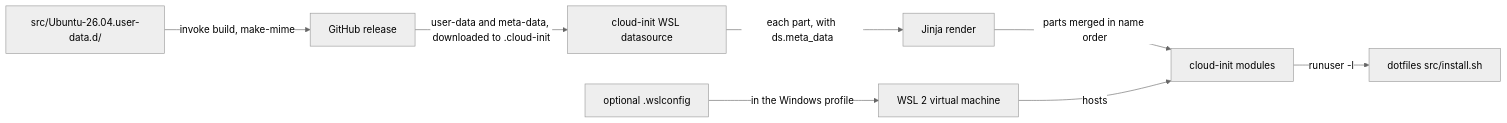
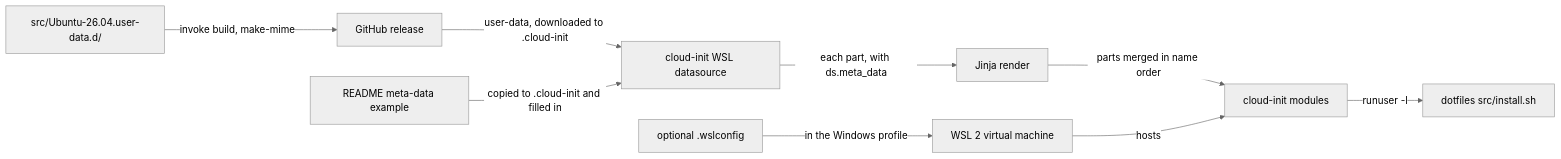
The first of 3 diagrams in docs/provisioning.md (froazin/wsl), drawn with Mermaid (neutral theme) before and after one commit. The commit also changed other lines of this file and 18 other files, not shown here.

First line of the commit message:
refactor(cloud-init): Replace the meta-data template with a README example

````diff
--- a/docs/provisioning.md
+++ b/docs/provisioning.md
@@ -32,12 +32,13 @@
 ```mermaid
 flowchart LR
     accTitle: How the WSL files reach the instance
-    accDescr: The build joins the parts in src into one MIME user-data, and a release publishes it with the meta-data template. The user downloads both into their Windows profile, and can add the optional .wslconfig, which WSL reads. cloud-init's WSL datasource reads the user-data and meta-data, renders each Jinja part, merges the parts and runs the cloud-config, which runs install.sh as the user and as root.
+    accDescr: The build joins the parts in src into one MIME user-data, and a release publishes it. The user downloads it into their Windows profile, writes the meta-data beside it from the README's example, and can add the optional .wslconfig, which WSL reads. cloud-init's WSL datasource reads the user-data and meta-data, renders each Jinja part, merges the parts and runs the cloud-config, which runs install.sh as the user and as root.
     parts["src/Ubuntu-26.04.user-data.d/"] -->|"invoke build, make-mime"| release["GitHub release"]
-    release -->|"user-data and meta-data, downloaded to .cloud-init"| ds["cloud-init WSL datasource"]
+    release -->|"user-data, downloaded to .cloud-init"| ds["cloud-init WSL datasource"]
+    example["README meta-data example"] -->|"copied to .cloud-init and filled in"| ds
     wslconfig["optional .wslconfig"] -->|"in the Windows profile"| vm["WSL 2 virtual machine"]
     ds -->|"each part, with ds.meta_data"| jinja["Jinja render"]
     jinja -->|"parts merged in name order"| modules["cloud-init modules"]
     modules -->|"runuser -l"| install["dotfiles src/install.sh"]
     vm -->|hosts| modules
 ```
````
